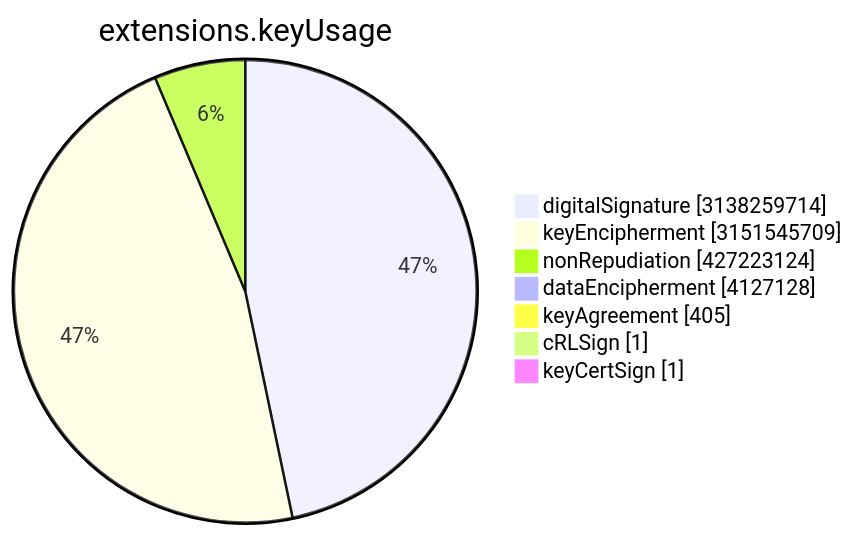
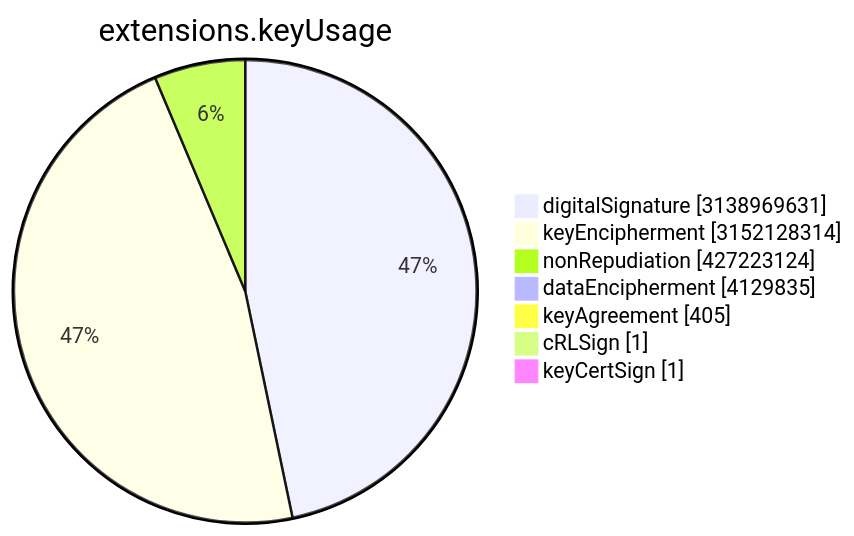
One commit to christiankrug/ctmonitor_visualization changed the sixth of 15 diagrams in TOTAL/README.md. Above: the diagram before and after it, drawn with Mermaid. The commit also changed other lines of this file, not shown here.

````diff
--- a/TOTAL/README.md
+++ b/TOTAL/README.md
@@ -3077,11 +3077,11 @@
 ```mermaid
 pie showData
 title extensions.keyUsage
-"digitalSignature" :3138259714
-"keyEncipherment" :3151545709
+"digitalSignature" :3138969631
+"keyEncipherment" :3152128314
 "nonRepudiation" :427223124
-"dataEncipherment" :4127128
+"dataEncipherment" :4129835
 "keyAgreement" :405
 "cRLSign" :1
 "keyCertSign" :1
 ```
````
